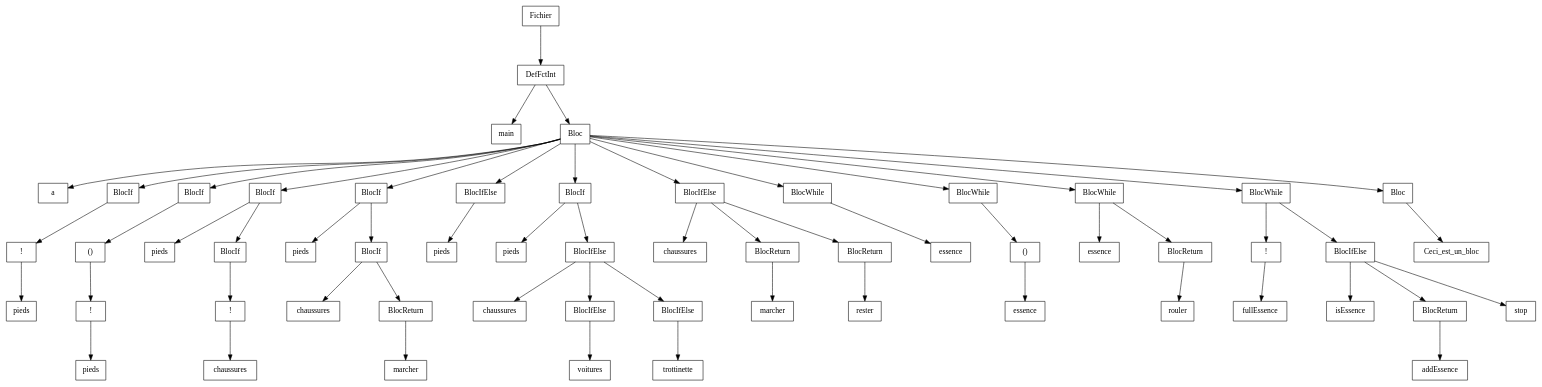
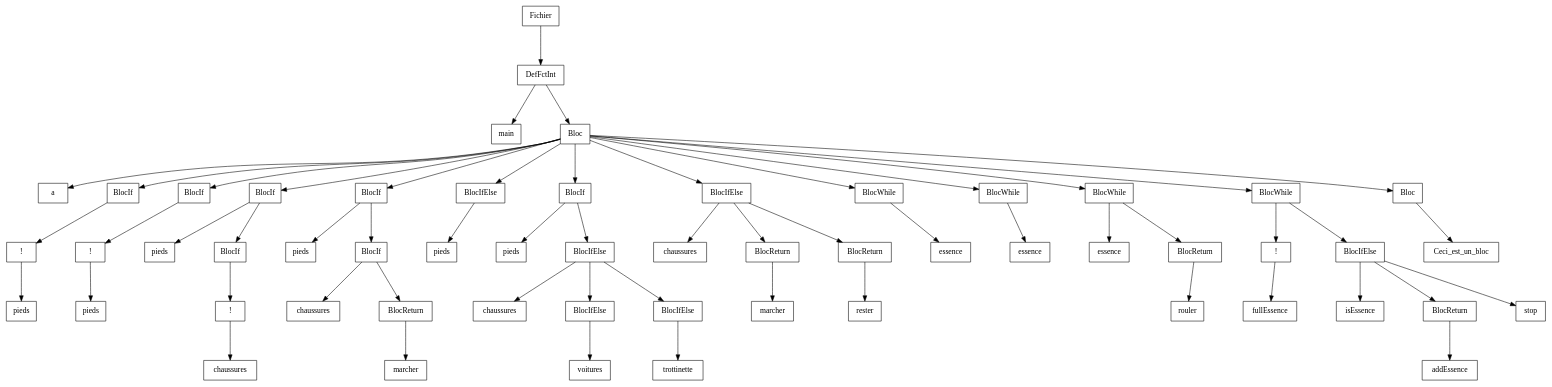
One commit to Hamza-ABDOULHOUSSEN/compil changed the diagram in Code/out/ast/dot/Test_Unaire/instruction.dot. Above: the diagram before and after it, drawn with Graphviz. The commit also changed 11 other files, not shown here.

```diff
--- a/Code/out/ast/dot/Test_Unaire/instruction.dot
+++ b/Code/out/ast/dot/Test_Unaire/instruction.dot
@@ -1,122 +1,118 @@
 digraph "ast"{
 
 	nodesep=1;
 	ranksep=1;
 
 	N0 [label="Fichier", shape="box"];
 	N1 [label="DefFctInt", shape="box"];
 	N2 [label="main", shape="box"];
 	N3 [label="Bloc", shape="box"];
 	N4 [label="a", shape="box"];
 	N5 [label="BlocIf", shape="box"];
 	N6 [label="!", shape="box"];
 	N7 [label="pieds", shape="box"];
 	N8 [label="BlocIf", shape="box"];
-	N9 [label="()", shape="box"];
-	N10 [label="!", shape="box"];
-	N11 [label="pieds", shape="box"];
-	N12 [label="BlocIf", shape="box"];
-	N13 [label="pieds", shape="box"];
-	N14 [label="BlocIf", shape="box"];
-	N15 [label="!", shape="box"];
-	N16 [label="chaussures", shape="box"];
-	N17 [label="BlocIf", shape="box"];
-	N18 [label="pieds", shape="box"];
-	N19 [label="BlocIf", shape="box"];
-	N20 [label="chaussures", shape="box"];
-	N21 [label="BlocReturn", shape="box"];
-	N22 [label="marcher", shape="box"];
-	N23 [label="BlocIfElse", shape="box"];
-	N24 [label="pieds", shape="box"];
-	N25 [label="BlocIf", shape="box"];
-	N26 [label="pieds", shape="box"];
-	N27 [label="BlocIfElse", shape="box"];
-	N28 [label="chaussures", shape="box"];
-	N29 [label="BlocIfElse", shape="box"];
-	N30 [label="voitures", shape="box"];
-	N31 [label="BlocIfElse", shape="box"];
-	N32 [label="trottinette", shape="box"];
-	N33 [label="BlocIfElse", shape="box"];
-	N34 [label="chaussures", shape="box"];
-	N35 [label="BlocReturn", shape="box"];
-	N36 [label="marcher", shape="box"];
-	N37 [label="BlocReturn", shape="box"];
-	N38 [label="rester", shape="box"];
-	N39 [label="BlocWhile", shape="box"];
-	N40 [label="essence", shape="box"];
-	N41 [label="BlocWhile", shape="box"];
-	N42 [label="()", shape="box"];
+	N9 [label="!", shape="box"];
+	N10 [label="pieds", shape="box"];
+	N11 [label="BlocIf", shape="box"];
+	N12 [label="pieds", shape="box"];
+	N13 [label="BlocIf", shape="box"];
+	N14 [label="!", shape="box"];
+	N15 [label="chaussures", shape="box"];
+	N16 [label="BlocIf", shape="box"];
+	N17 [label="pieds", shape="box"];
+	N18 [label="BlocIf", shape="box"];
+	N19 [label="chaussures", shape="box"];
+	N20 [label="BlocReturn", shape="box"];
+	N21 [label="marcher", shape="box"];
+	N22 [label="BlocIfElse", shape="box"];
+	N23 [label="pieds", shape="box"];
+	N24 [label="BlocIf", shape="box"];
+	N25 [label="pieds", shape="box"];
+	N26 [label="BlocIfElse", shape="box"];
+	N27 [label="chaussures", shape="box"];
+	N28 [label="BlocIfElse", shape="box"];
+	N29 [label="voitures", shape="box"];
+	N30 [label="BlocIfElse", shape="box"];
+	N31 [label="trottinette", shape="box"];
+	N32 [label="BlocIfElse", shape="box"];
+	N33 [label="chaussures", shape="box"];
+	N34 [label="BlocReturn", shape="box"];
+	N35 [label="marcher", shape="box"];
+	N36 [label="BlocReturn", shape="box"];
+	N37 [label="rester", shape="box"];
+	N38 [label="BlocWhile", shape="box"];
+	N39 [label="essence", shape="box"];
+	N40 [label="BlocWhile", shape="box"];
+	N41 [label="essence", shape="box"];
+	N42 [label="BlocWhile", shape="box"];
 	N43 [label="essence", shape="box"];
-	N44 [label="BlocWhile", shape="box"];
-	N45 [label="essence", shape="box"];
-	N46 [label="BlocReturn", shape="box"];
-	N47 [label="rouler", shape="box"];
-	N48 [label="BlocWhile", shape="box"];
-	N49 [label="!", shape="box"];
-	N50 [label="fullEssence", shape="box"];
-	N51 [label="BlocIfElse", shape="box"];
-	N52 [label="isEssence", shape="box"];
-	N53 [label="BlocReturn", shape="box"];
-	N54 [label="addEssence", shape="box"];
-	N55 [label="stop", shape="box"];
-	N56 [label="Bloc", shape="box"];
-	N57 [label="Ceci_est_un_bloc", shape="box"];
+	N44 [label="BlocReturn", shape="box"];
+	N45 [label="rouler", shape="box"];
+	N46 [label="BlocWhile", shape="box"];
+	N47 [label="!", shape="box"];
+	N48 [label="fullEssence", shape="box"];
+	N49 [label="BlocIfElse", shape="box"];
+	N50 [label="isEssence", shape="box"];
+	N51 [label="BlocReturn", shape="box"];
+	N52 [label="addEssence", shape="box"];
+	N53 [label="stop", shape="box"];
+	N54 [label="Bloc", shape="box"];
+	N55 [label="Ceci_est_un_bloc", shape="box"];
 
 	N1 -> N2; 
 	N3 -> N4; 
 	N6 -> N7; 
 	N5 -> N6; 
 	N3 -> N5; 
-	N10 -> N11; 
 	N9 -> N10; 
 	N8 -> N9; 
 	N3 -> N8; 
-	N12 -> N13; 
-	N15 -> N16; 
+	N11 -> N12; 
 	N14 -> N15; 
-	N12 -> N14; 
-	N3 -> N12; 
-	N17 -> N18; 
-	N19 -> N20; 
-	N21 -> N22; 
-	N19 -> N21; 
-	N17 -> N19; 
-	N3 -> N17; 
-	N23 -> N24; 
-	N3 -> N23; 
-	N25 -> N26; 
-	N27 -> N28; 
-	N29 -> N30; 
-	N27 -> N29; 
-	N31 -> N32; 
-	N27 -> N31; 
-	N25 -> N27; 
-	N3 -> N25; 
-	N33 -> N34; 
-	N35 -> N36; 
-	N33 -> N35; 
-	N37 -> N38; 
-	N33 -> N37; 
-	N3 -> N33; 
-	N39 -> N40; 
-	N3 -> N39; 
+	N13 -> N14; 
+	N11 -> N13; 
+	N3 -> N11; 
+	N16 -> N17; 
+	N18 -> N19; 
+	N20 -> N21; 
+	N18 -> N20; 
+	N16 -> N18; 
+	N3 -> N16; 
+	N22 -> N23; 
+	N3 -> N22; 
+	N24 -> N25; 
+	N26 -> N27; 
+	N28 -> N29; 
+	N26 -> N28; 
+	N30 -> N31; 
+	N26 -> N30; 
+	N24 -> N26; 
+	N3 -> N24; 
+	N32 -> N33; 
+	N34 -> N35; 
+	N32 -> N34; 
+	N36 -> N37; 
+	N32 -> N36; 
+	N3 -> N32; 
+	N38 -> N39; 
+	N3 -> N38; 
+	N40 -> N41; 
+	N3 -> N40; 
 	N42 -> N43; 
-	N41 -> N42; 
-	N3 -> N41; 
 	N44 -> N45; 
+	N42 -> N44; 
+	N3 -> N42; 
+	N47 -> N48; 
 	N46 -> N47; 
-	N44 -> N46; 
-	N3 -> N44; 
 	N49 -> N50; 
-	N48 -> N49; 
 	N51 -> N52; 
-	N53 -> N54; 
-	N51 -> N53; 
-	N51 -> N55; 
-	N48 -> N51; 
-	N3 -> N48; 
-	N56 -> N57; 
-	N3 -> N56; 
+	N49 -> N51; 
+	N49 -> N53; 
+	N46 -> N49; 
+	N3 -> N46; 
+	N54 -> N55; 
+	N3 -> N54; 
 	N1 -> N3; 
 	N0 -> N1; 
 }
```
